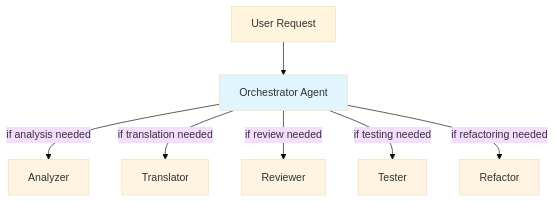
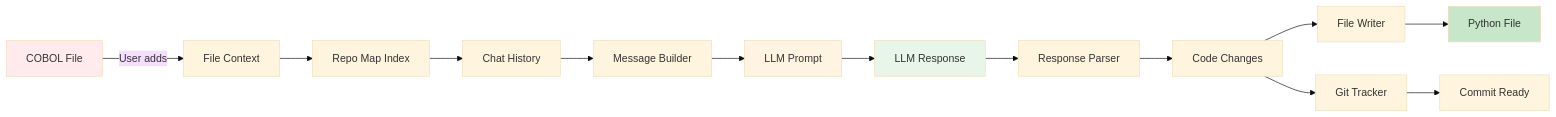
Before and after one commit to astrio-ai/l2m: the fifth of 5 diagrams in docs/architecture.md, drawn with Mermaid (base theme). The commit also changed other lines of this file and 3 other files, not shown here.

First line of the commit message:
docs: update documentation to reflect current single-agent architecture

````diff
--- a/docs/architecture.md
+++ b/docs/architecture.md
@@ -134,16 +232,20 @@
 ```mermaid
-graph TD
-    A[User Request] --> B[Orchestrator Agent]
-    B -->|if analysis needed| C[Analyzer]
-    B -->|if translation needed| D[Translator]
-    B -->|if review needed| E[Reviewer]
-    B -->|if testing needed| F[Tester]
-    B -->|if refactoring needed| G[Refactor]
+flowchart LR
+    A[COBOL File] -->|User adds| B[File Context]
+    B --> C[Repo Map Index]
+    C --> D[Chat History]
+    D --> E[Message Builder]
+    E --> F[LLM Prompt]
+    F --> G[LLM Response]
+    G --> H[Response Parser]
+    H --> I[Code Changes]
+    I --> J[File Writer]
+    J --> K[Python File]
+    I --> L[Git Tracker]
+    L --> M[Commit Ready]
     
-    style B fill:#e1f5ff
-    style C fill:#fff4e1
-    style D fill:#fff4e1
-    style E fill:#fff4e1
+    style A fill:#ffebee
     style F fill:#fff4e1
-    style G fill:#fff4e1
+    style G fill:#e8f5e9
+    style K fill:#c8e6c9
 ```
````
